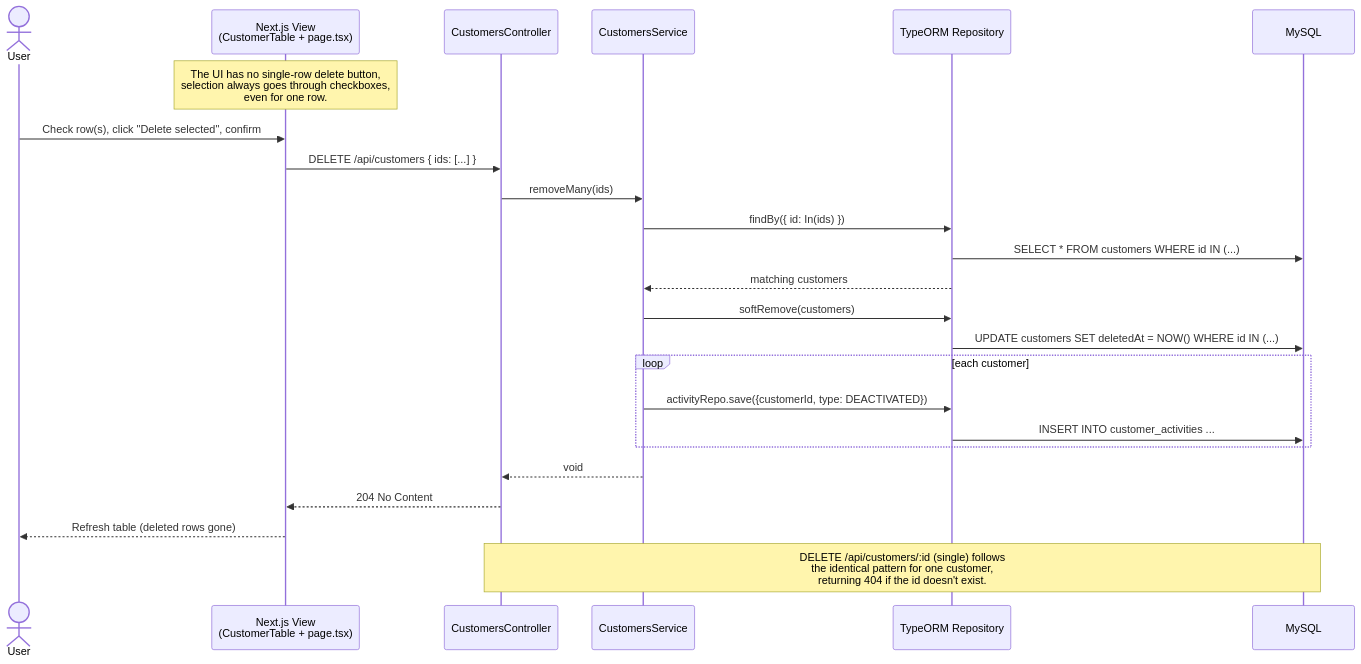
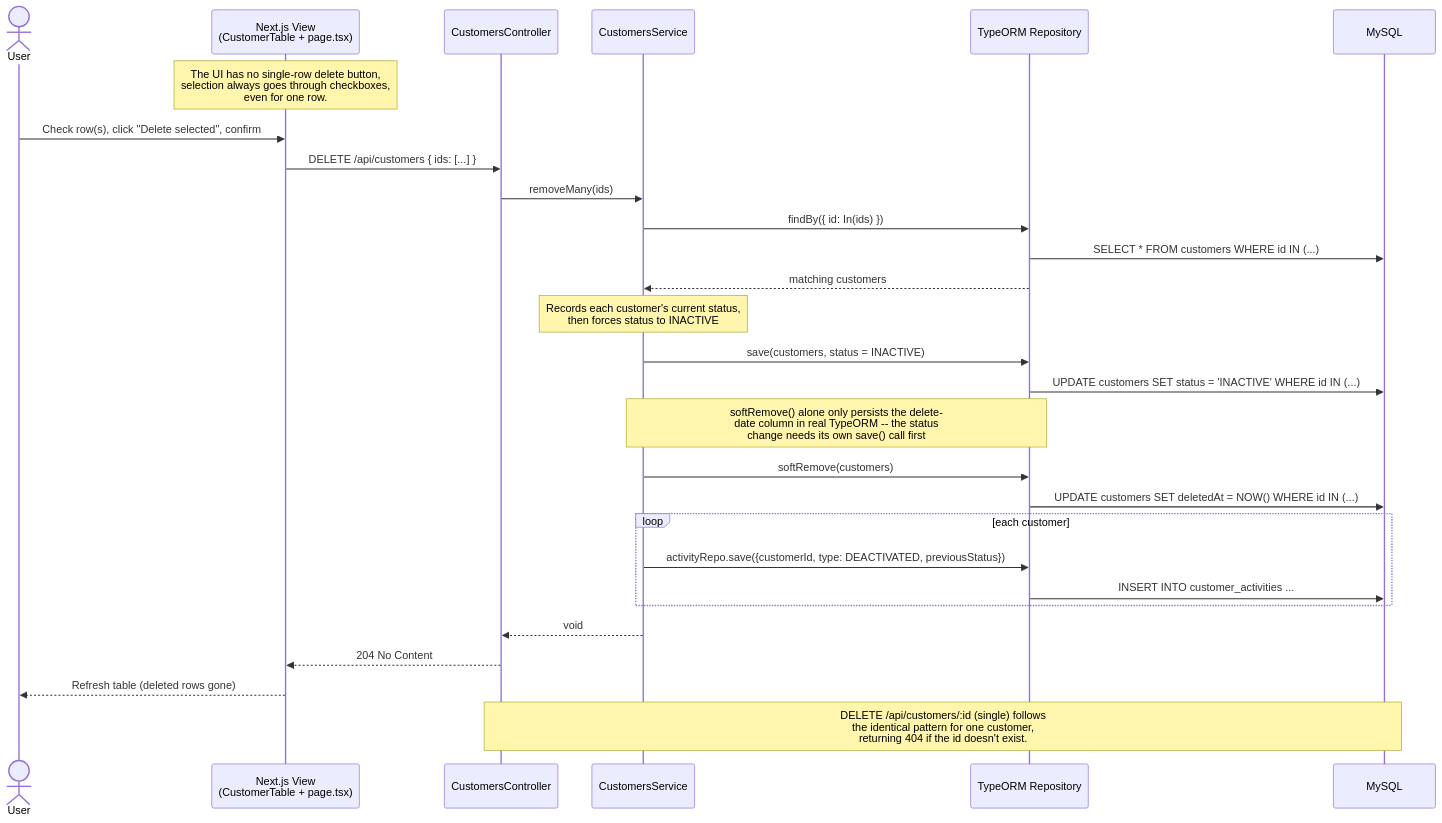
The fifth of 6 diagrams in docs/04-sequence-diagrams.md (garyhan77/mycrm-poc), drawn with Mermaid before and after one commit. The commit also changed other lines of this file and 9 other files, not shown here.

````diff
--- a/docs/04-sequence-diagrams.md
+++ b/docs/04-sequence-diagrams.md
@@ -169,29 +176,33 @@
 ```mermaid
 sequenceDiagram
     actor U as User
     participant V as Next.js View<br/>(CustomerTable + page.tsx)
     participant C as CustomersController
     participant S as CustomersService
     participant R as TypeORM Repository
     participant DB as MySQL
 
     Note over V: The UI has no single-row delete button,<br/>selection always goes through checkboxes,<br/>even for one row.
 
     U->>V: Check row(s), click "Delete selected", confirm
     V->>C: DELETE /api/customers { ids: [...] }
     C->>S: removeMany(ids)
     S->>R: findBy({ id: In(ids) })
     R->>DB: SELECT * FROM customers WHERE id IN (...)
     R-->>S: matching customers
+    Note over S: Records each customer's current status,<br/>then forces status to INACTIVE
+    S->>R: save(customers, status = INACTIVE)
+    R->>DB: UPDATE customers SET status = 'INACTIVE' WHERE id IN (...)
+    Note over S,R: softRemove() alone only persists the delete-<br/>date column in real TypeORM -- the status<br/>change needs its own save() call first
     S->>R: softRemove(customers)
     R->>DB: UPDATE customers SET deletedAt = NOW() WHERE id IN (...)
     loop each customer
-        S->>R: activityRepo.save({customerId, type: DEACTIVATED})
+        S->>R: activityRepo.save({customerId, type: DEACTIVATED, previousStatus})
         R->>DB: INSERT INTO customer_activities ...
     end
     S-->>C: void
     C-->>V: 204 No Content
     V-->>U: Refresh table (deleted rows gone)
 
     Note over C,DB: DELETE /api/customers/:id (single) follows<br/>the identical pattern for one customer,<br/>returning 404 if the id doesn't exist.
 ```
````
